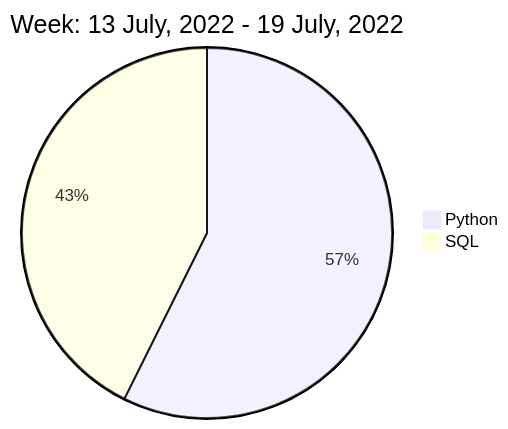
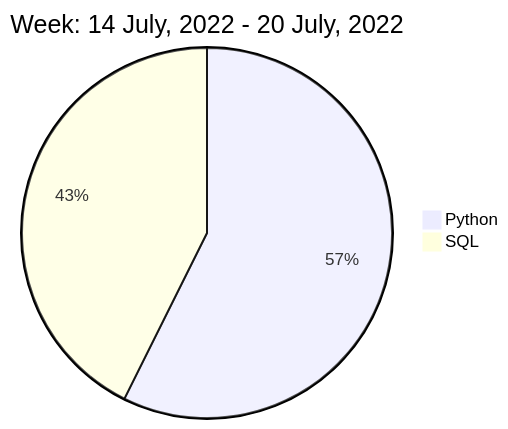
The diagram in README.md (liubin95/liubin95), drawn with Mermaid before and after one commit.

Commit message:
Updated the Graph with new Metrics

````diff
--- a/README.md
+++ b/README.md
@@ -40,6 +40,6 @@
 ```mermaid
  pie
-title Week: 13 July, 2022 - 19 July, 2022
+title Week: 14 July, 2022 - 20 July, 2022
  "Python" : 2.65
  "SQL" : 1.97
 ```
````
